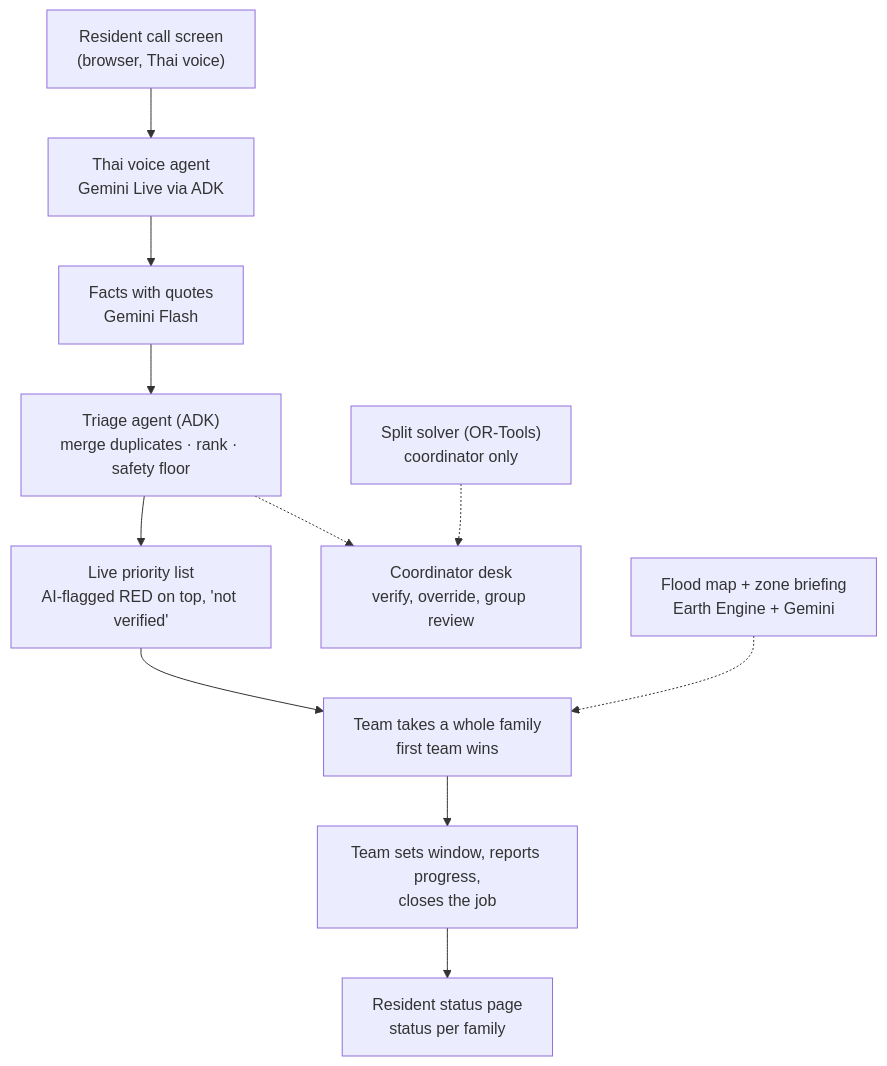
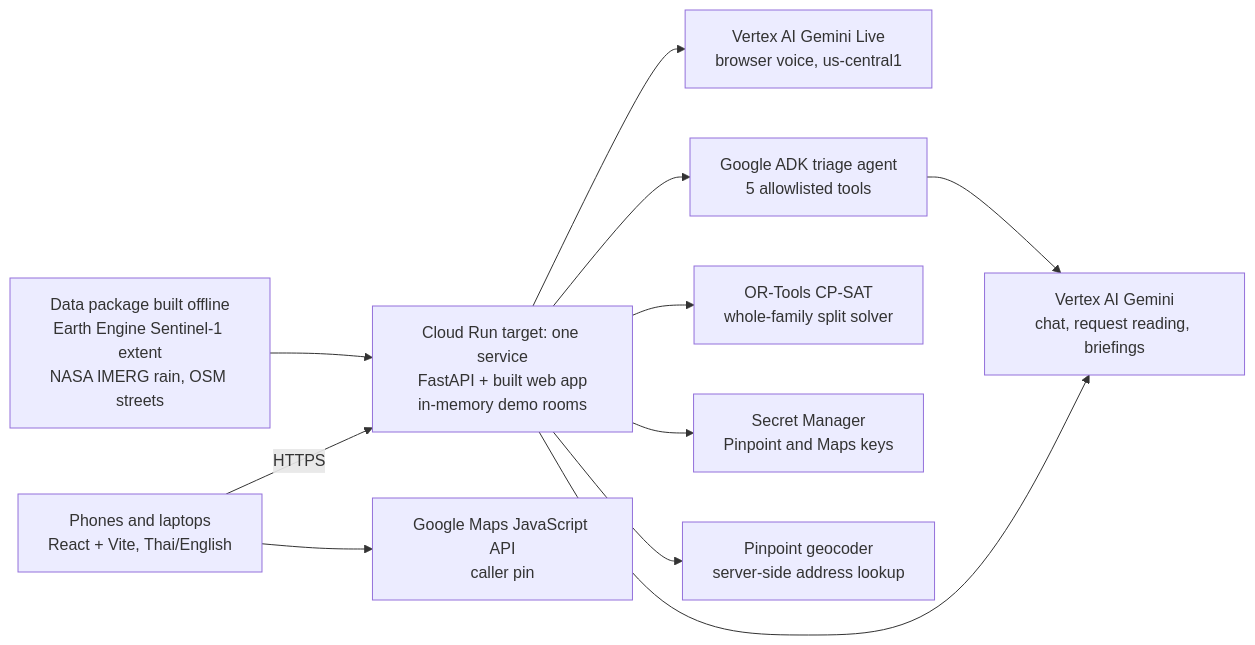
Before and after one commit to Supphaset/ReachPoint: the diagram in docs/OVERVIEW.md, drawn with Mermaid. The commit also changed other lines of this file and 6 other files, not shown here.

````diff
--- a/docs/OVERVIEW.md
+++ b/docs/OVERVIEW.md
@@ -28,13 +15,13 @@
 ```mermaid
-flowchart TD
-  A["Resident call screen<br/>(browser, Thai voice)"] --> B["Thai voice agent<br/>Gemini Live via ADK"]
-  B --> C["Facts with quotes<br/>Gemini Flash"]
-  C --> TR["Triage agent (ADK)<br/>merge duplicates · rank · safety floor"]
-  TR --> E["Live priority list<br/>AI-flagged RED on top, 'not verified'"]
-  TR -.-> D["Coordinator desk<br/>verify, override, group review"]
-  E --> F["Team takes a whole family<br/>first team wins"]
-  F --> G["Team sets window, reports progress,<br/>closes the job"]
-  G --> H["Resident status page<br/>status per family"]
-  S["Split solver (OR-Tools)<br/>coordinator only"] -.-> D
-  M["Flood map + zone briefing<br/>Earth Engine + Gemini"] -.-> F
+flowchart LR
+  P["Phones and laptops<br/>React + Vite, Thai/English"] -->|HTTPS| R["Cloud Run target: one service<br/>FastAPI + built web app<br/>in-memory demo rooms"]
+  R --> G["Vertex AI Gemini<br/>chat, request reading, briefings"]
+  R --> L["Vertex AI Gemini Live<br/>browser voice, us-central1"]
+  R --> A["Google ADK triage agent<br/>5 allowlisted tools"]
+  A --> G
+  R --> O["OR-Tools CP-SAT<br/>whole-family split solver"]
+  R --> SM["Secret Manager<br/>Pinpoint and Maps keys"]
+  P --> M["Google Maps JavaScript API<br/>caller pin"]
+  R --> PP["Pinpoint geocoder<br/>server-side address lookup"]
+  D["Data package built offline<br/>Earth Engine Sentinel-1 extent<br/>NASA IMERG rain, OSM streets"] --> R
 ```
````
